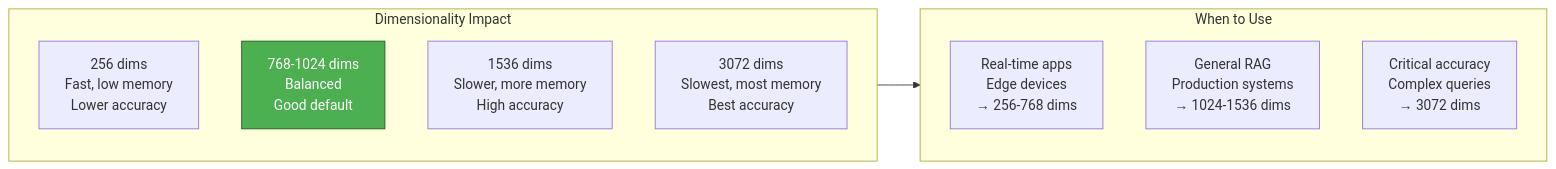
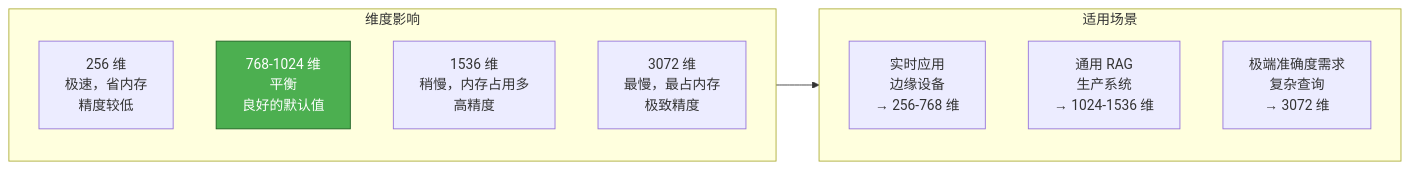
Before and after one commit to YiWang24/AiDIY: the seventh of 14 diagrams in i18n/zh-Hans/docusaurus-plugin-content-docs/current/ai/rag/03-index.mdx, drawn with Mermaid. The commit also changed other lines of this file and 59 other files, not shown here.

````diff
--- a/i18n/zh-Hans/docusaurus-plugin-content-docs/current/ai/rag/03-index.mdx
+++ b/i18n/zh-Hans/docusaurus-plugin-content-docs/current/ai/rag/03-index.mdx
@@ -446,19 +446,19 @@
 ```mermaid
 flowchart LR
-    subgraph Dimension["Dimensionality Impact"]
-        D256["256 dims<br/>Fast, low memory<br/>Lower accuracy"]
-        D768["768-1024 dims<br/>Balanced<br/>Good default"]
-        D1536["1536 dims<br/>Slower, more memory<br/>High accuracy"]
-        D3072["3072 dims<br/>Slowest, most memory<br/>Best accuracy"]
+    subgraph Dimension["维度影响"]
+        D256["256 维<br/>极速，省内存<br/>精度较低"]
+        D768["768-1024 维<br/>平衡<br/>良好的默认值"]
+        D1536["1536 维<br/>稍慢，内存占用多<br/>高精度"]
+        D3072["3072 维<br/>最慢，最占内存<br/>极致精度"]
     end
 
-    subgraph UseCases["When to Use"]
-        U1["Real-time apps<br/>Edge devices<br/>→ 256-768 dims"]
-        U2["General RAG<br/>Production systems<br/>→ 1024-1536 dims"]
-        U3["Critical accuracy<br/>Complex queries<br/>→ 3072 dims"]
+    subgraph UseCases["适用场景"]
+        U1["实时应用<br/>边缘设备<br/>→ 256-768 维"]
+        U2["通用 RAG<br/>生产系统<br/>→ 1024-1536 维"]
+        U3["极端准确度需求<br/>复杂查询<br/>→ 3072 维"]
     end
 
     Dimension --> UseCases
 
     style D768 fill:#4caf50,stroke:#1b5e20,color:#fff
 ```
````
